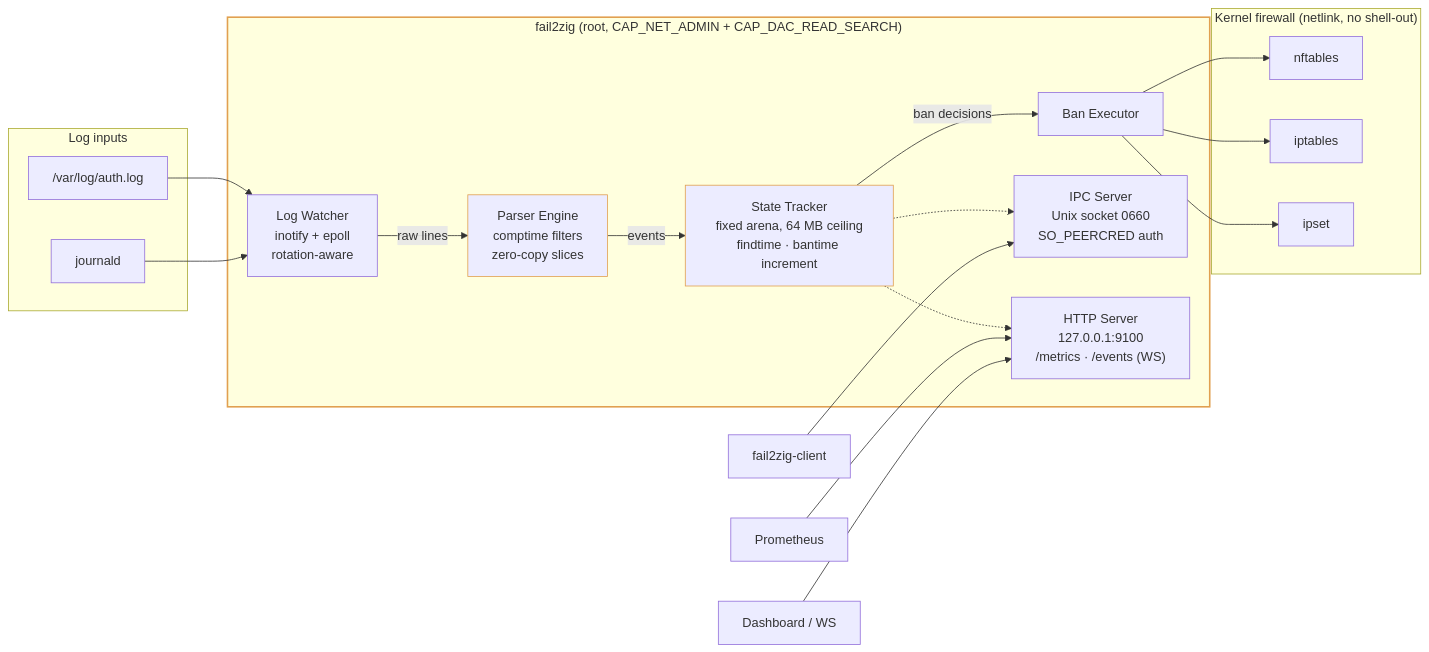
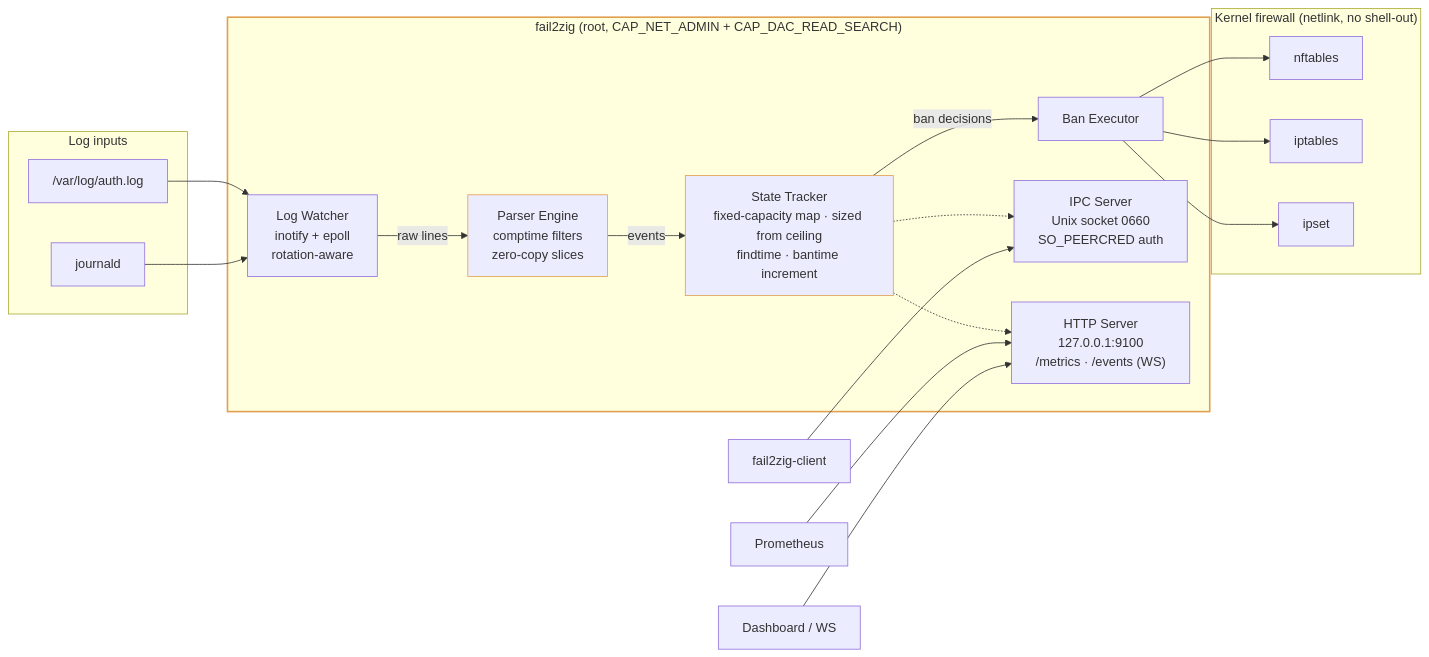
One commit to ul0gic/fail2zig changed the diagram in README.md. Above: the diagram before and after it, drawn with Mermaid. The commit also changed other lines of this file, not shown here.

````diff
--- a/README.md
+++ b/README.md
@@ -106,41 +107,41 @@
 ```mermaid
 flowchart LR
     subgraph Inputs["Log inputs"]
         AL["/var/log/auth.log"]
         JD["journald"]
     end
 
     subgraph Daemon["fail2zig (root, CAP_NET_ADMIN + CAP_DAC_READ_SEARCH)"]
         LW["Log Watcher<br/>inotify + epoll<br/>rotation-aware"]
         PE["Parser Engine<br/>comptime filters<br/>zero-copy slices"]
-        ST["State Tracker<br/>fixed arena, 64 MB ceiling<br/>findtime · bantime increment"]
+        ST["State Tracker<br/>fixed-capacity map · sized from ceiling<br/>findtime · bantime increment"]
         BE["Ban Executor"]
         IPC["IPC Server<br/>Unix socket 0660<br/>SO_PEERCRED auth"]
         HTTP["HTTP Server<br/>127.0.0.1:9100<br/>/metrics · /events (WS)"]
     end
 
     subgraph Kernel["Kernel firewall (netlink, no shell-out)"]
         NFT["nftables"]
         IPT["iptables"]
         IPS["ipset"]
     end
 
     AL --> LW
     JD --> LW
     LW -->|raw lines| PE
     PE -->|events| ST
     ST -->|ban decisions| BE
     BE --> NFT
     BE --> IPT
     BE --> IPS
     ST -.-> IPC
     ST -.-> HTTP
 
     CLI["fail2zig-client"] --> IPC
     PROM["Prometheus"] --> HTTP
     DASH["Dashboard / WS"] --> HTTP
 
     style Daemon stroke:#E1A050,stroke-width:2px
     style PE stroke:#E1A050
     style ST stroke:#E1A050
 ```
````
